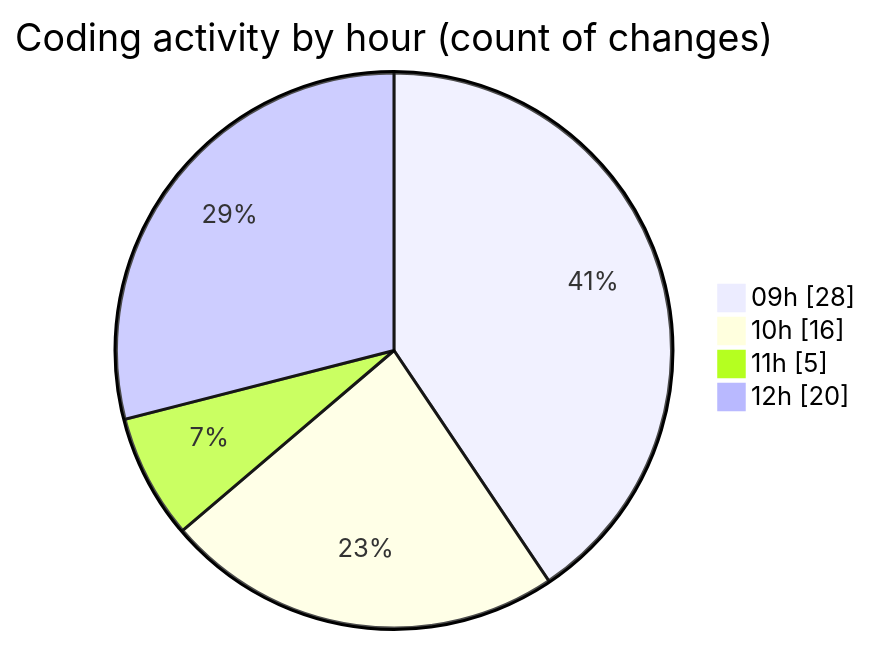
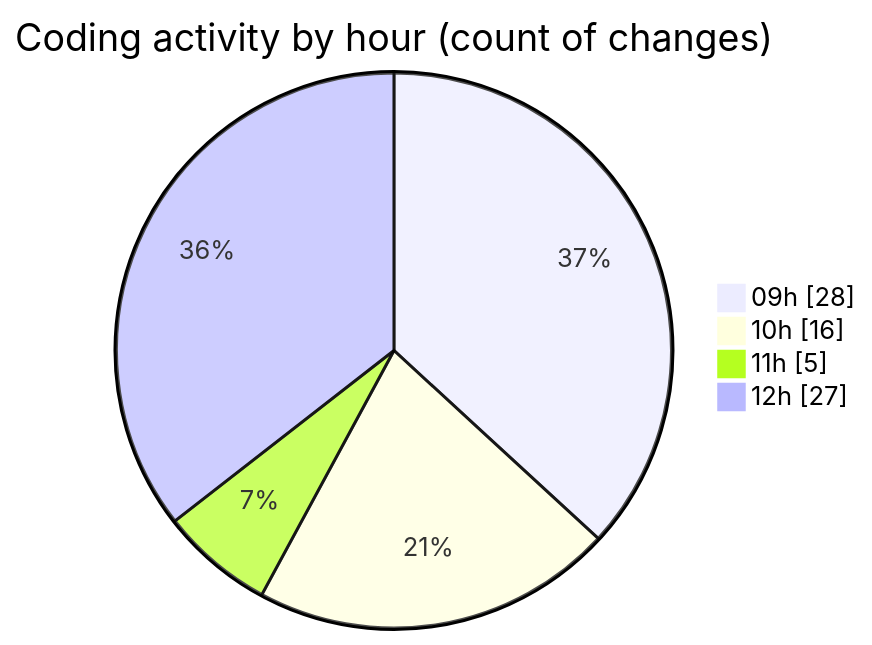
Before and after one commit to momahboobian/code-tracking: the second of 2 diagrams in 2026-04-24/cda/README.md, drawn with Mermaid. The commit also changed other lines of this file and 1 other file, not shown here.

````diff
--- a/2026-04-24/cda/README.md
+++ b/2026-04-24/cda/README.md
@@ -53,8 +57,8 @@
 ```mermaid
 pie showData
 title Coding activity by hour (count of changes)
 "09h" : 28
 "10h" : 16
 "11h" : 5
-"12h" : 20
+"12h" : 27
 ```
````
